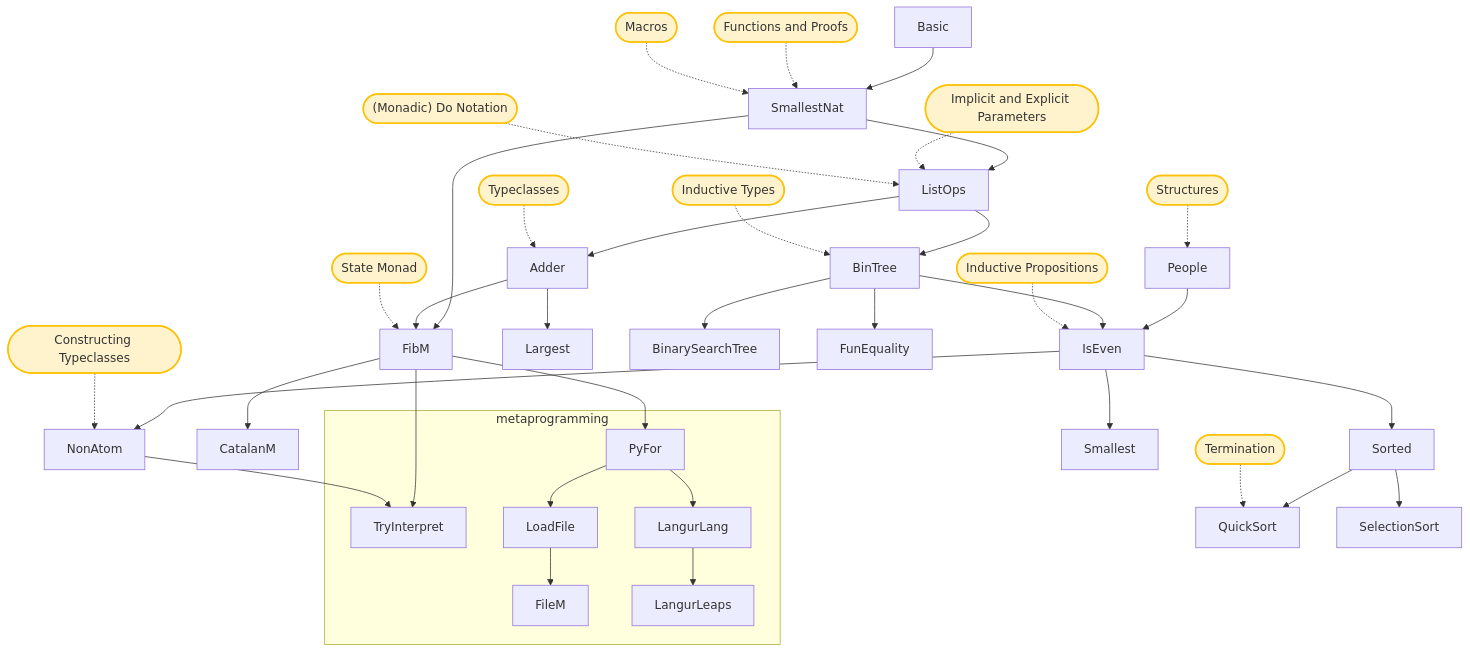
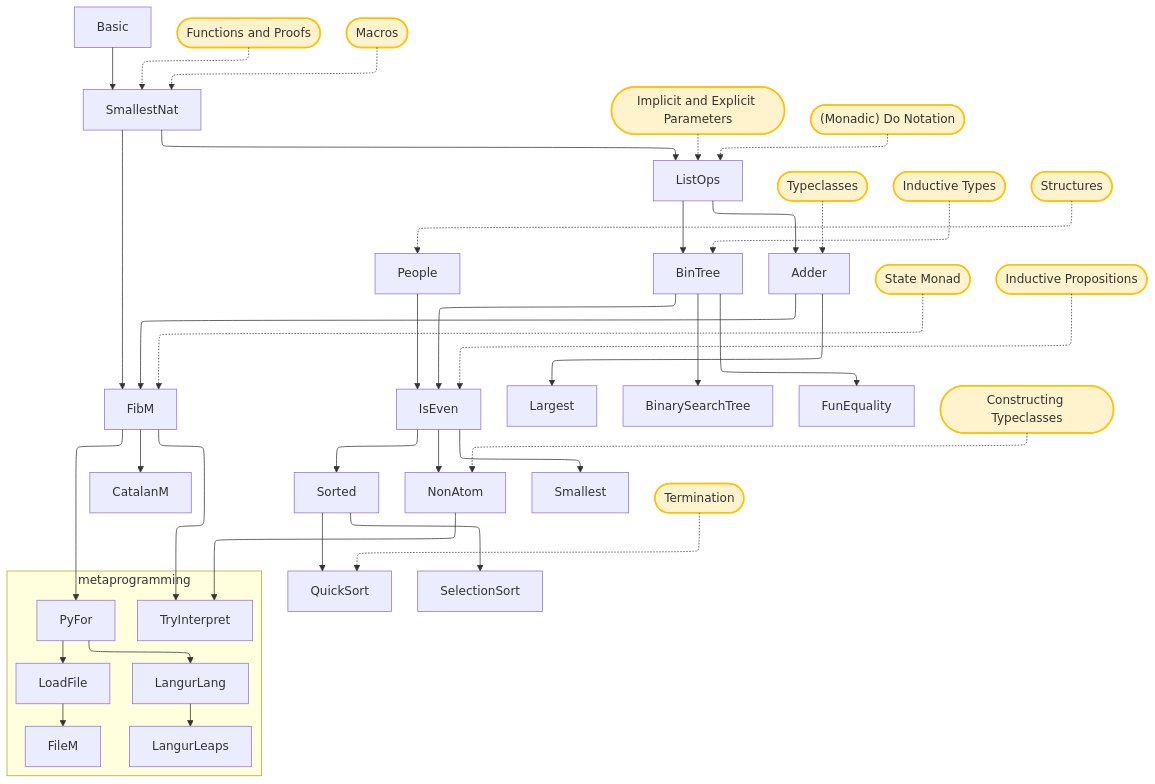
One commit to shamEiNew/LeanLangurSol changed the diagram in LeanLangur/README.md. Above: the diagram before and after it, drawn with Mermaid.

Commit message:
renderer changed

````diff
--- a/LeanLangur/README.md
+++ b/LeanLangur/README.md
@@ -9,55 +9,56 @@
 ```mermaid
+%%{init: {"flowchart": {"defaultRenderer": "elk"}} }%%
 graph TD;
   %% Core file dependencies
   Basic --> SmallestNat;
   SmallestNat --> ListOps;
   SmallestNat --> FibM;
   People --> IsEven;
   ListOps --> BinTree;
   ListOps --> Adder;
   FibM --> CatalanM;
   Adder --> Largest;
   Adder --> FibM;
   BinTree --> BinarySearchTree;
   BinTree --> FunEquality;
   IsEven --> Sorted;
   IsEven --> NonAtom;
   IsEven --> Smallest;
   Sorted --> QuickSort;
   Sorted --> SelectionSort;
   FibM --> PyFor;
 
   %% Correction Edge
   BinTree --> IsEven;
 
   %% Metaprogramming Subgraph
   subgraph metaprogramming
     TryInterpret
     PyFor --> LoadFile;
     LoadFile --> FileM;
     PyFor --> LangurLang;
     LangurLang --> LangurLeaps;
   end
 
   %% Connections to the TryInterpret node
   FibM --> TryInterpret;
   NonAtom --> TryInterpret;
 
   %% Concepts mapping (reversed direction and uniformly capitalized)
   c1(["Functions and Proofs"]) -.-> SmallestNat
   c2(["Macros"]) -.-> SmallestNat
   c3(["Implicit and Explicit Parameters"]) -.-> ListOps
   c4(["(Monadic) Do Notation"]) -.-> ListOps
   c5(["Typeclasses"]) -.-> Adder
   c6(["State Monad"]) -.-> FibM
   c7(["Inductive Types"]) -.-> BinTree
   c8(["Inductive Propositions"]) -.-> IsEven
   c9(["Constructing Typeclasses"]) -.-> NonAtom
   c10(["Structures"]) -.-> People
   c11(["Termination"]) -.-> QuickSort
 
 
   %% Styling for concept nodes
   classDef concept fill:#fff3cd,stroke:#ffc107,stroke-width:2px;
   class c1,c2,c3,c4,c5,c6,c7,c8,c9,c10,c11 concept;
 ```
````
